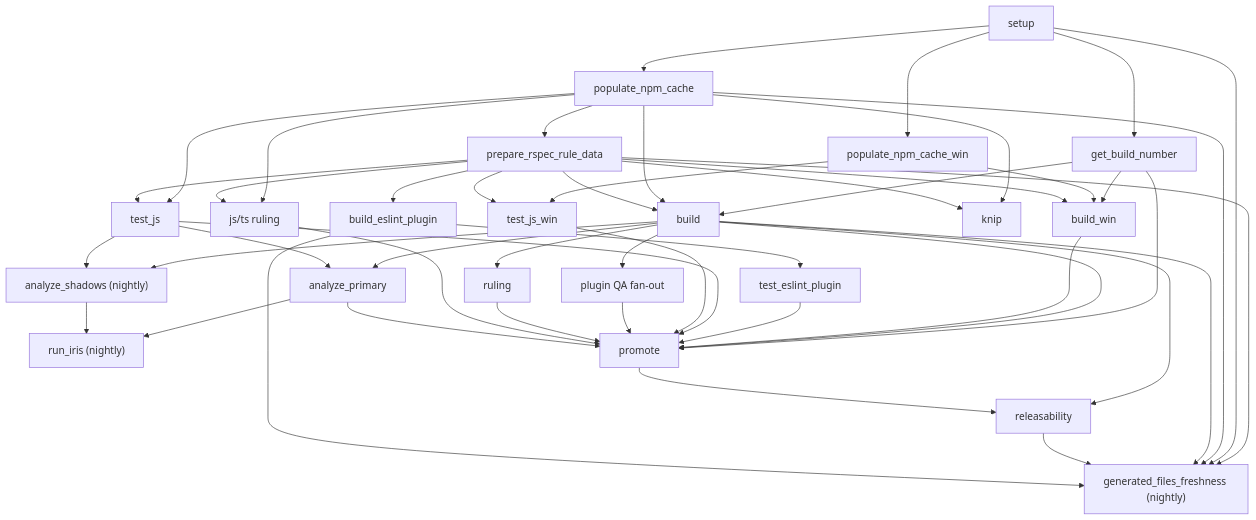
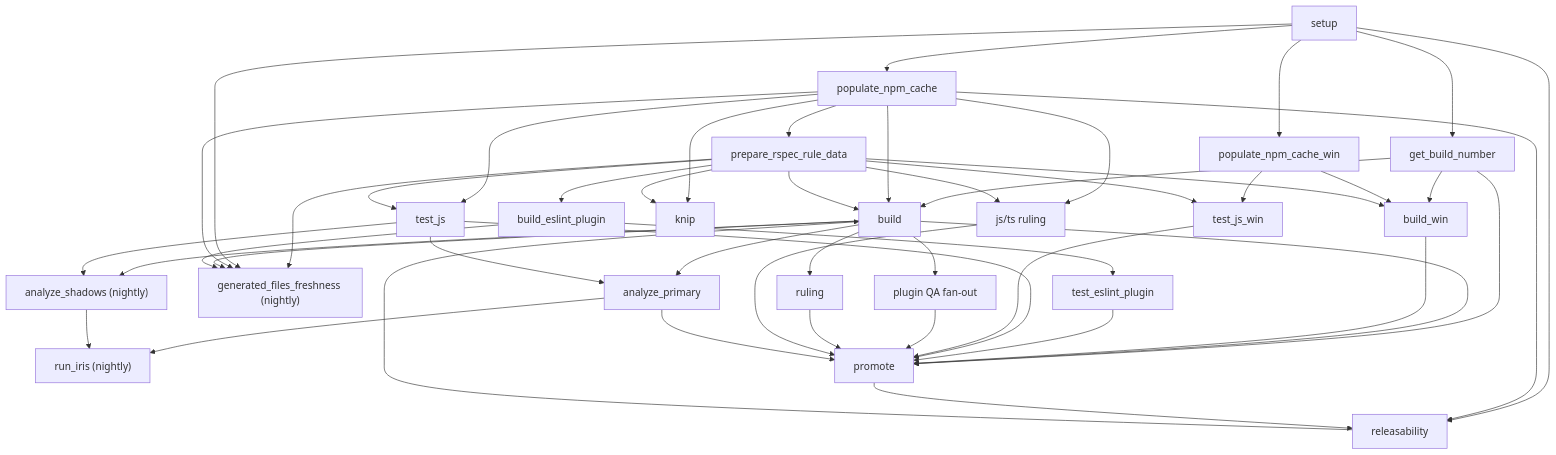
The first of 4 diagrams in docs/CI.md (SonarSource/SonarJS), drawn with Mermaid before and after one commit. The commit also changed other lines of this file and 1 other file, not shown here.

Commit message:
Populate-Maven-cache-before-build

````diff
--- a/docs/CI.md
+++ b/docs/CI.md
@@ -88,61 +88,62 @@
 ```mermaid
 flowchart TD
   A["setup"] --> B["get_build_number"]
   A --> C["populate_npm_cache"]
   A --> D["populate_npm_cache_win"]
   C --> E["prepare_rspec_rule_data"]
 
   B --> F["build"]
   C --> F
   E --> F
 
   B --> G["build_win"]
   D --> G
   E --> G
 
   E --> H["build_eslint_plugin"]
   H --> I["test_eslint_plugin"]
 
   C --> J["test_js"]
   E --> J
 
   D --> K["test_js_win"]
   E --> K
 
   C --> L["knip"]
   E --> L
 
   E --> M
   A --> M
   C --> M
   F --> M
-  F --> U["check_maven_license_headers"]
-  U --> M
+  A --> U["populate_maven_cache"]
+  C --> U
+  U --> F
   H --> M["generated_files_freshness (nightly)"]
 
   F --> N["plugin QA fan-out"]
   F --> O["ruling"]
   C --> P["js/ts ruling"]
   E --> P
 
   F --> Q["analyze_primary"]
   J --> Q
   F --> R["analyze_shadows (nightly)"]
   J --> R
 
   Q --> S["run_iris (nightly)"]
   R --> S
 
   B --> T["promote"]
   F --> T
   G --> T
   I --> T
   J --> T
   K --> T
   N --> T
   O --> T
   P --> T
   Q --> T
 
   T --> U["releasability"]
 ```
````
